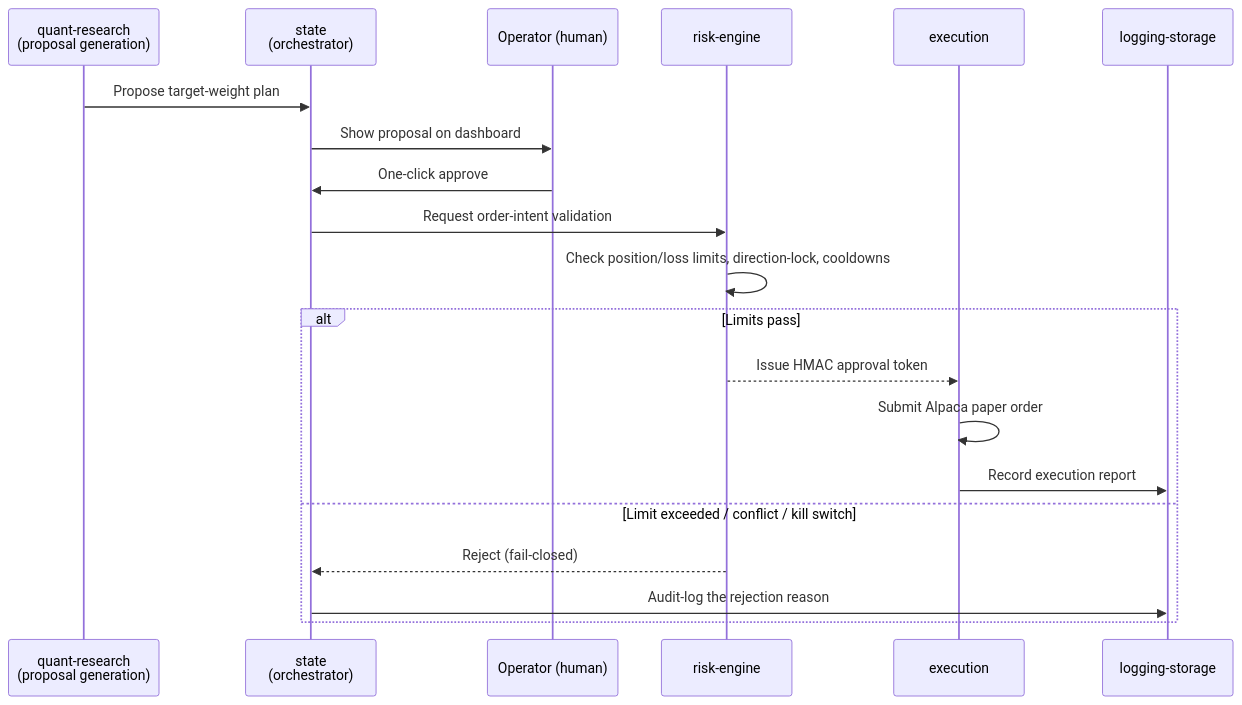
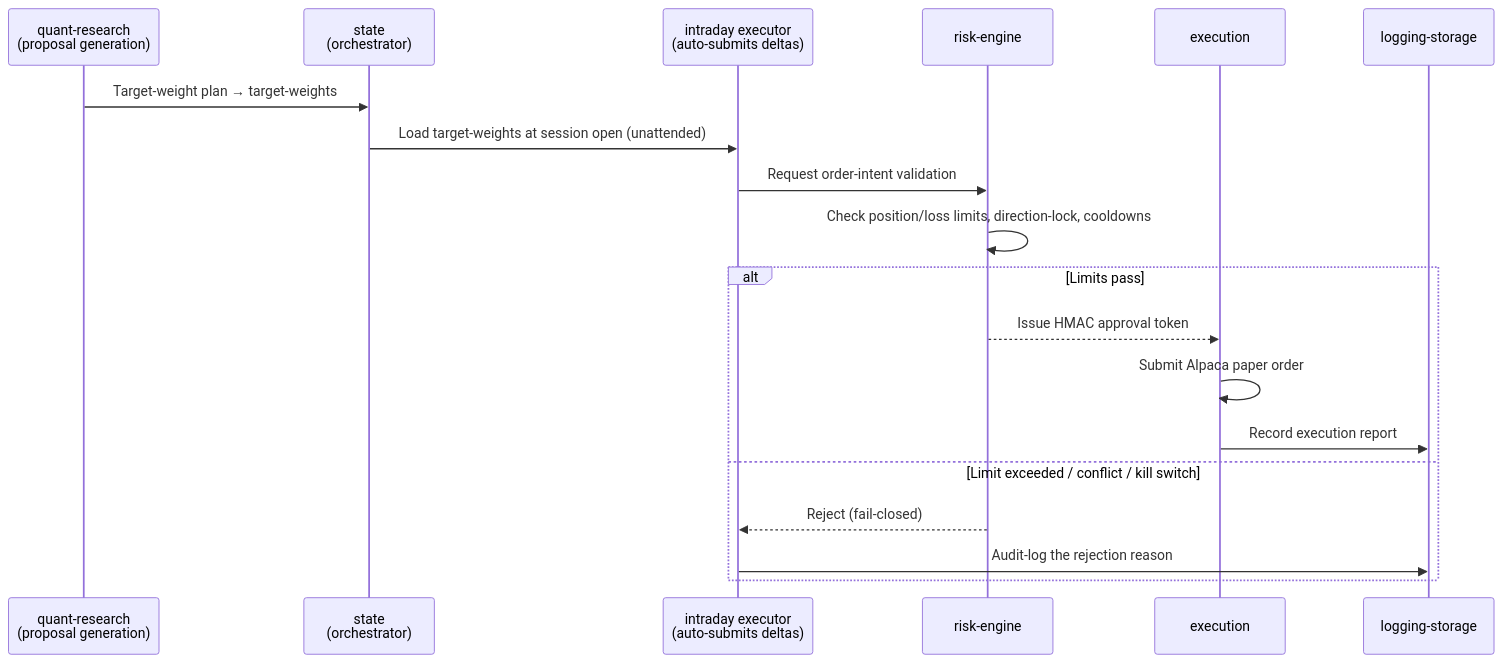
One commit to xlegend1024/investIQ-docs changed the diagram in en-us/part3_4_approval_gated_execution.md. Above: the diagram before and after it, drawn with Mermaid. The commit also changed other lines of this file and 22 other files, not shown here.

````diff
--- a/en-us/part3_4_approval_gated_execution.md
+++ b/en-us/part3_4_approval_gated_execution.md
@@ -33,23 +39,22 @@
 ```mermaid
 sequenceDiagram
     participant R as quant-research<br/>(proposal generation)
     participant S as state<br/>(orchestrator)
-    participant U as Operator (human)
+    participant EX as intraday executor<br/>(auto-submits deltas)
     participant RE as risk-engine
     participant E as execution
     participant L as logging-storage
 
-    R->>S: Propose target-weight plan
-    S->>U: Show proposal on dashboard
-    U->>S: One-click approve
-    S->>RE: Request order-intent validation
+    R->>S: Target-weight plan → target-weights
+    S->>EX: Load target-weights at session open (unattended)
+    EX->>RE: Request order-intent validation
     RE->>RE: Check position/loss limits, direction-lock, cooldowns
     alt Limits pass
         RE-->>E: Issue HMAC approval token
         E->>E: Submit Alpaca paper order
         E->>L: Record execution report
     else Limit exceeded / conflict / kill switch
-        RE-->>S: Reject (fail-closed)
-        S->>L: Audit-log the rejection reason
+        RE-->>EX: Reject (fail-closed)
+        EX->>L: Audit-log the rejection reason
     end
 ```
````
